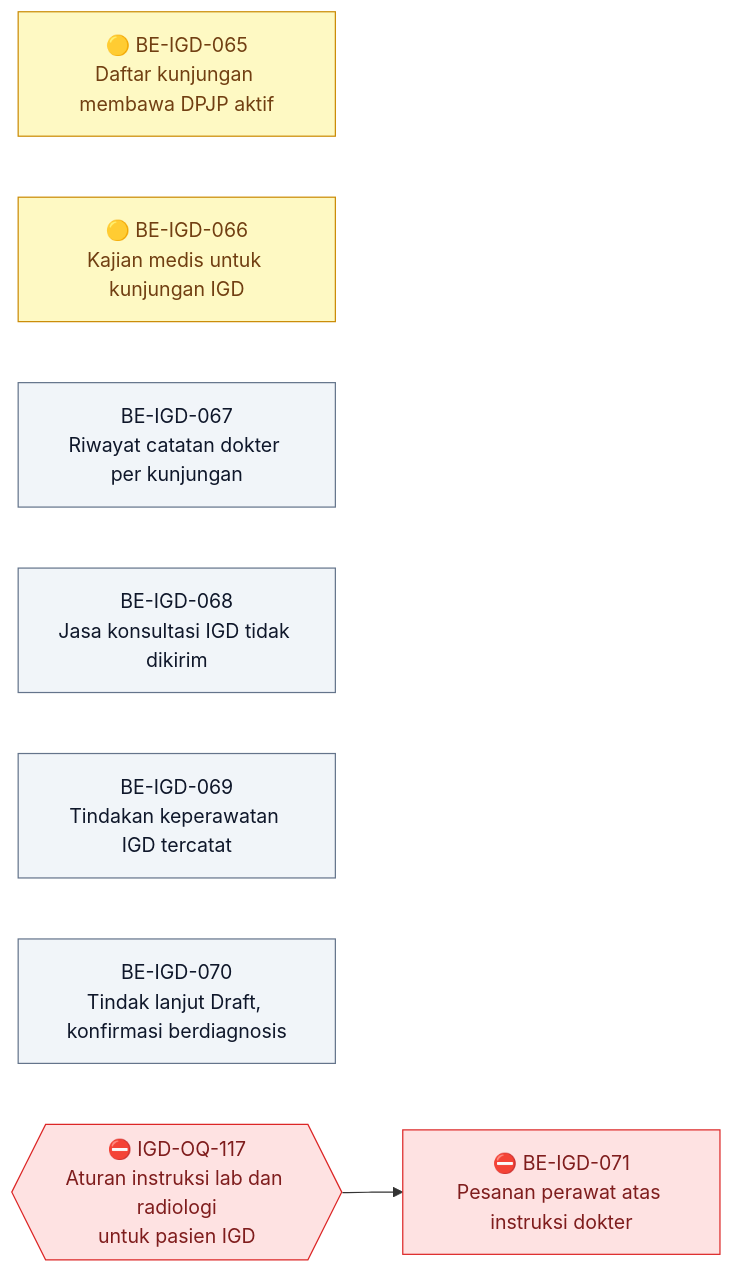
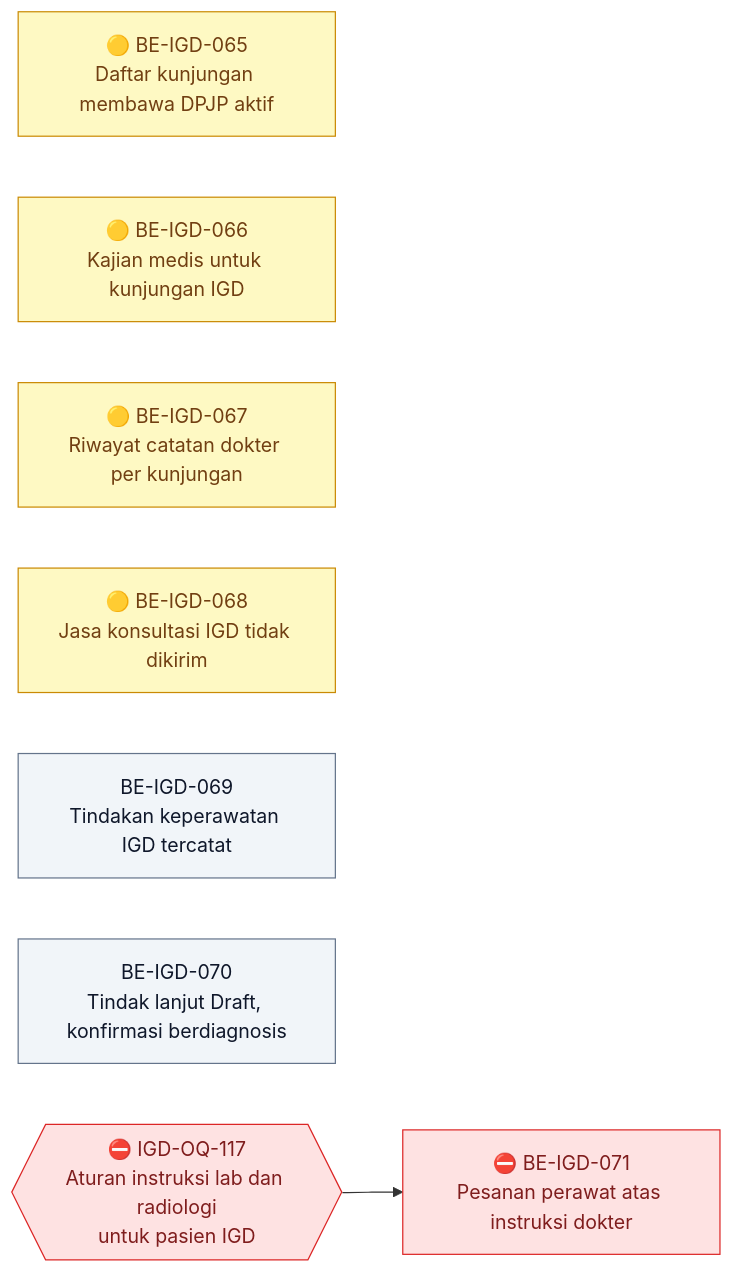
Before and after one commit to DevBenari/NewQuilvianSystemBackend: diagram 15 of 15 in docs/module-blueprints/igd/roadmap/backend-roadmap.md, drawn with Mermaid. The commit also changed other lines of this file and 17 other files, not shown here.

Commit message:
memperbaiki tampilan pendaftaran triage dan pemeriksaan igd serta membuat halaman dokter igd

````diff
--- a/docs/module-blueprints/igd/roadmap/backend-roadmap.md
+++ b/docs/module-blueprints/igd/roadmap/backend-roadmap.md
@@ -3420,19 +3420,19 @@
 ```mermaid
 flowchart LR
     classDef selesai fill:#DCFCE7,stroke:#16A34A,color:#14532D
     classDef sebagian fill:#FEF9C3,stroke:#CA8A04,color:#713F12
     classDef terblokir fill:#FEE2E2,stroke:#DC2626,color:#7F1D1D
     classDef belum fill:#F1F5F9,stroke:#64748B,color:#0F172A
     classDef luar fill:#EDE9FE,stroke:#7C3AED,color:#3B0764
 
     BEIGD065["🟡 BE-IGD-065<br/>Daftar kunjungan membawa DPJP aktif"]:::sebagian
     BEIGD066["🟡 BE-IGD-066<br/>Kajian medis untuk kunjungan IGD"]:::sebagian
-    BEIGD067["BE-IGD-067<br/>Riwayat catatan dokter per kunjungan"]:::belum
-    BEIGD068["BE-IGD-068<br/>Jasa konsultasi IGD tidak dikirim"]:::belum
+    BEIGD067["🟡 BE-IGD-067<br/>Riwayat catatan dokter per kunjungan"]:::sebagian
+    BEIGD068["🟡 BE-IGD-068<br/>Jasa konsultasi IGD tidak dikirim"]:::sebagian
     BEIGD069["BE-IGD-069<br/>Tindakan keperawatan IGD tercatat"]:::belum
     BEIGD070["BE-IGD-070<br/>Tindak lanjut Draft, konfirmasi berdiagnosis"]:::belum
     BEIGD071["⛔ BE-IGD-071<br/>Pesanan perawat atas instruksi dokter"]:::terblokir
     OQIGD117{{"⛔ IGD-OQ-117<br/>Aturan instruksi lab dan radiologi<br/>untuk pasien IGD"}}:::terblokir
 
     OQIGD117 --> BEIGD071
 ```
````
